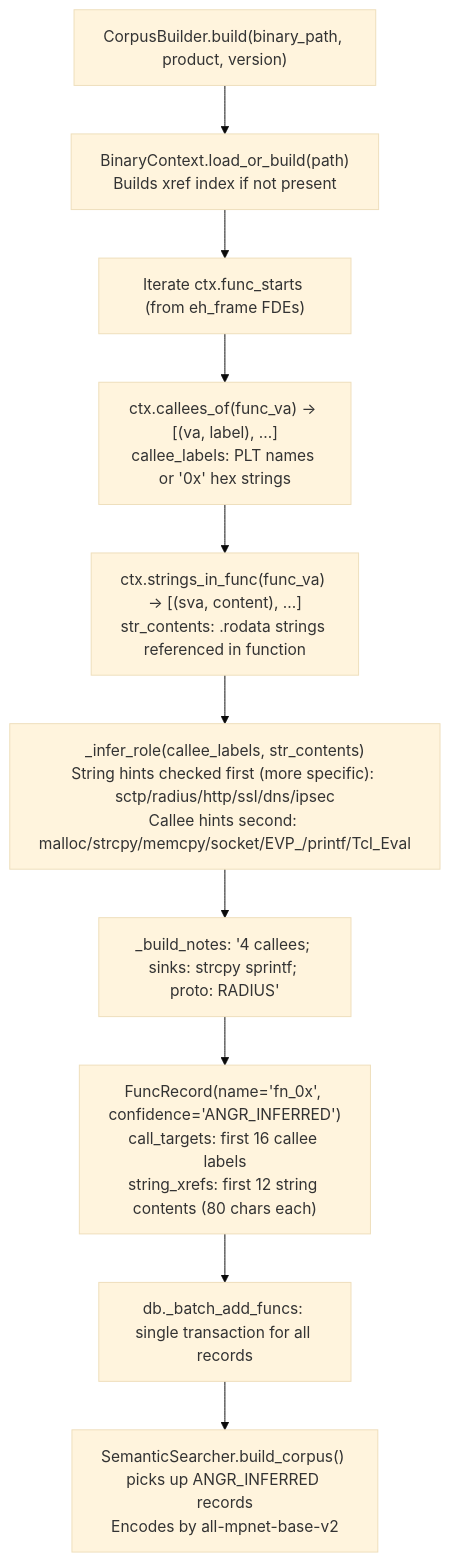
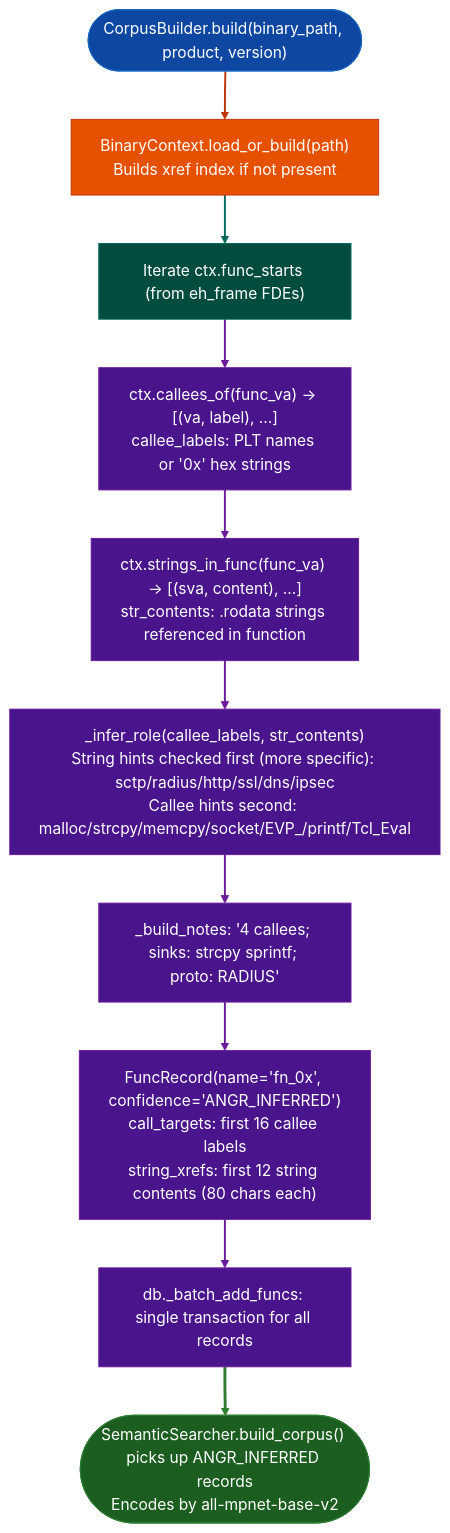
Before and after one commit to Ablation-Tool/ablation: the second of 2 diagrams in docs/reference-modules/signature-based-auto-naming.md, drawn with Mermaid (base theme). The commit also changed other lines of this file and 320 other files, not shown here.

First line of the commit message:
docs: apply canonical Mermaid template to all 321 diagrams

````diff
--- a/docs/reference-modules/signature-based-auto-naming.md
+++ b/docs/reference-modules/signature-based-auto-naming.md
@@ -39,12 +55,27 @@
 ```mermaid
 flowchart TD
-    A["CorpusBuilder.build(binary_path, product, version)"] --> B["BinaryContext.load_or_build(path)\nBuilds xref index if not present"]
-    B --> C["Iterate ctx.func_starts (from eh_frame FDEs)"]
-    C --> D["ctx.callees_of(func_va) → [(va, label), ...]\ncallee_labels: PLT names or '0x<va>' hex strings"]
-    D --> E["ctx.strings_in_func(func_va) → [(sva, content), ...]\nstr_contents: .rodata strings referenced in function"]
-    E --> F["_infer_role(callee_labels, str_contents)\nString hints checked first (more specific): sctp/radius/http/ssl/dns/ipsec\nCallee hints second: malloc/strcpy/memcpy/socket/EVP_/printf/Tcl_Eval"]
-    F --> G["_build_notes: '4 callees; sinks: strcpy sprintf; proto: RADIUS'"]
-    G --> H["FuncRecord(name='fn_0x<va>', confidence='ANGR_INFERRED')\ncall_targets: first 16 callee labels\nstring_xrefs: first 12 string contents (80 chars each)"]
-    H --> I["db._batch_add_funcs: single transaction for all records"]
-    I --> J["SemanticSearcher.build_corpus() picks up ANGR_INFERRED records\nEncodes by all-mpnet-base-v2"]
+    A(["CorpusBuilder.build(binary_path, product, version)"]):::input --> B["BinaryContext.load_or_build(path)\nBuilds xref index if not present"]:::primary
+    B:::primary --> C["Iterate ctx.func_starts (from eh_frame FDEs)"]:::secondary
+    C:::secondary --> D["ctx.callees_of(func_va) → [(va, label), ...]\ncallee_labels: PLT names or '0x<va>' hex strings"]:::tertiary
+    D:::tertiary --> E["ctx.strings_in_func(func_va) → [(sva, content), ...]\nstr_contents: .rodata strings referenced in function"]:::tertiary
+    E:::tertiary --> F["_infer_role(callee_labels, str_contents)\nString hints checked first (more specific): sctp/radius/http/ssl/dns/ipsec\nCallee hints second: malloc/strcpy/memcpy/socket/EVP_/printf/Tcl_Eval"]:::tertiary
+    F:::tertiary --> G["_build_notes: '4 callees; sinks: strcpy sprintf; proto: RADIUS'"]:::tertiary
+    G:::tertiary --> H["FuncRecord(name='fn_0x<va>', confidence='ANGR_INFERRED')\ncall_targets: first 16 callee labels\nstring_xrefs: first 12 string contents (80 chars each)"]:::tertiary
+    H:::tertiary --> I["db._batch_add_funcs: single transaction for all records"]:::tertiary
+    I:::tertiary --> J(["SemanticSearcher.build_corpus() picks up ANGR_INFERRED records\nEncodes by all-mpnet-base-v2"]):::output
+    classDef input     fill:#0d47a1,stroke:#1565c0,color:#fff
+    classDef primary   fill:#e65100,stroke:#bf360c,color:#fff
+    classDef secondary fill:#004d40,stroke:#00695c,color:#fff
+    classDef tertiary  fill:#4a148c,stroke:#6a1b9a,color:#fff
+    classDef neutral   fill:#37474f,stroke:#546e7a,color:#fff
+    classDef output    fill:#1b5e20,stroke:#2e7d32,color:#fff
+    linkStyle 0 stroke:#bf360c,stroke-width:2px
+    linkStyle 1 stroke:#00695c,stroke-width:2px
+    linkStyle 2 stroke:#6a1b9a,stroke-width:2px
+    linkStyle 3 stroke:#6a1b9a,stroke-width:2px
+    linkStyle 4 stroke:#6a1b9a,stroke-width:2px
+    linkStyle 5 stroke:#6a1b9a,stroke-width:2px
+    linkStyle 6 stroke:#6a1b9a,stroke-width:2px
+    linkStyle 7 stroke:#6a1b9a,stroke-width:2px
+    linkStyle 8 stroke:#2e7d32,stroke-width:3px
 ```
````
